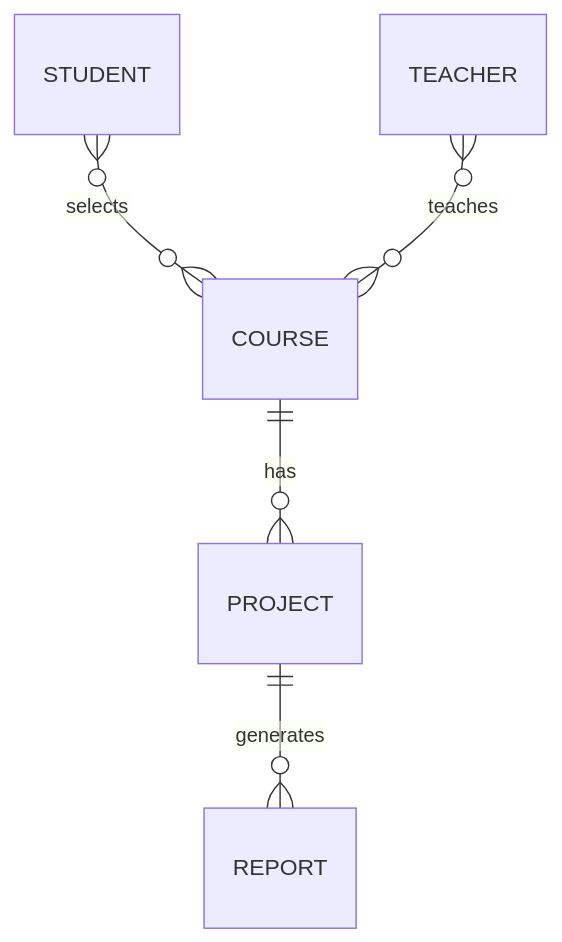
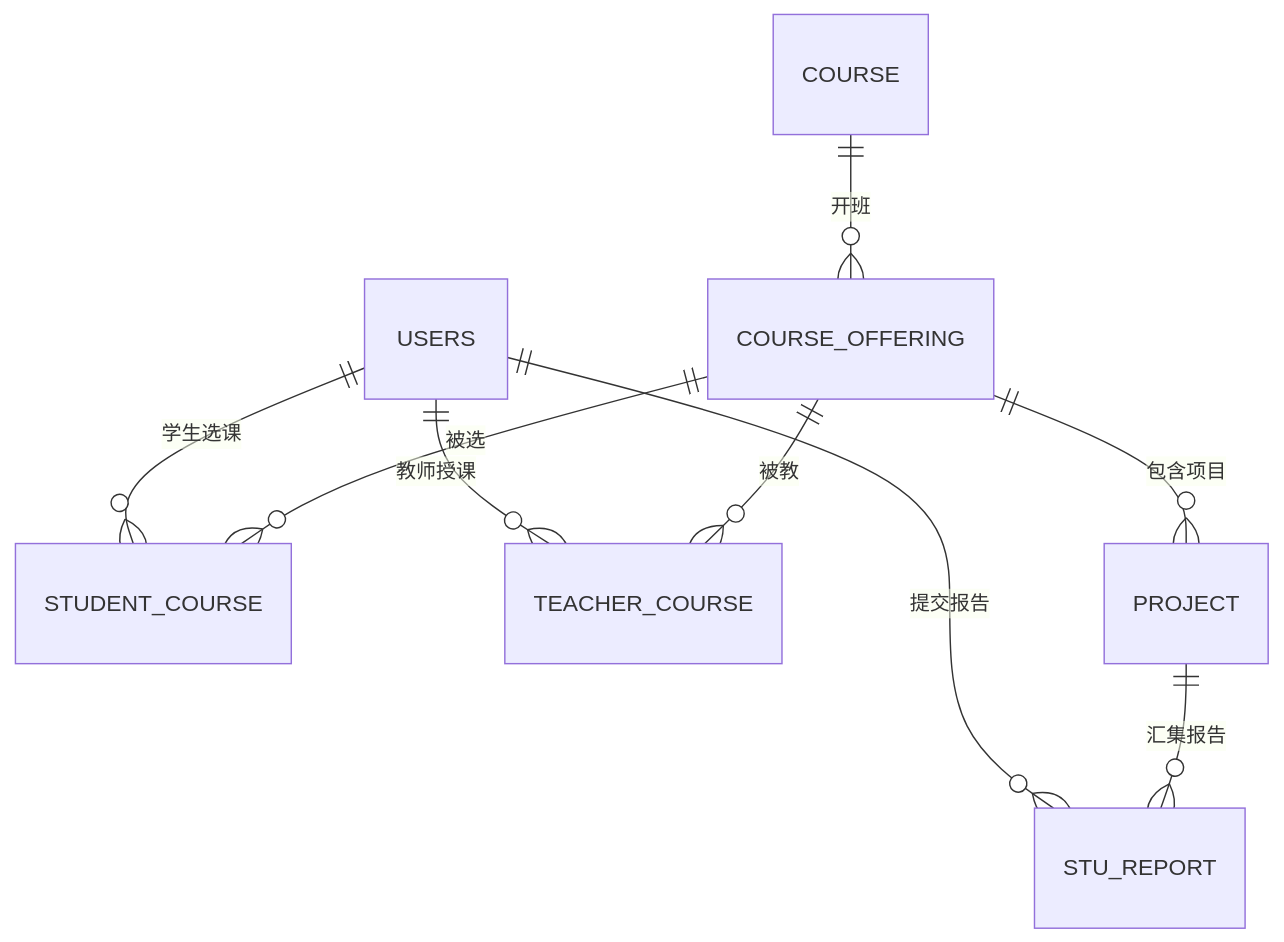
One commit to red-shinku/GoLabreportSystem changed the diagram in docs/design.md. Above: the diagram before and after it, drawn with Mermaid. The commit also changed other lines of this file, not shown here.

````diff
--- a/docs/design.md
+++ b/docs/design.md
@@ -27,7 +152,11 @@
 ```mermaid
 erDiagram
-    STUDENT }o--o{ COURSE : selects
-    TEACHER }o--o{ COURSE : teaches
-    COURSE ||--o{ PROJECT : has
-    PROJECT ||--o{ REPORT : generates
+    USERS ||--o{ STUDENT_COURSE : "学生选课"
+    USERS ||--o{ TEACHER_COURSE : "教师授课"
+    USERS ||--o{ STU_REPORT     : "提交报告"
+    COURSE ||--o{ COURSE_OFFERING : "开班"
+    COURSE_OFFERING ||--o{ STUDENT_COURSE : "被选"
+    COURSE_OFFERING ||--o{ TEACHER_COURSE : "被教"
+    COURSE_OFFERING ||--o{ PROJECT : "包含项目"
+    PROJECT ||--o{ STU_REPORT : "汇集报告"
 ```
````
